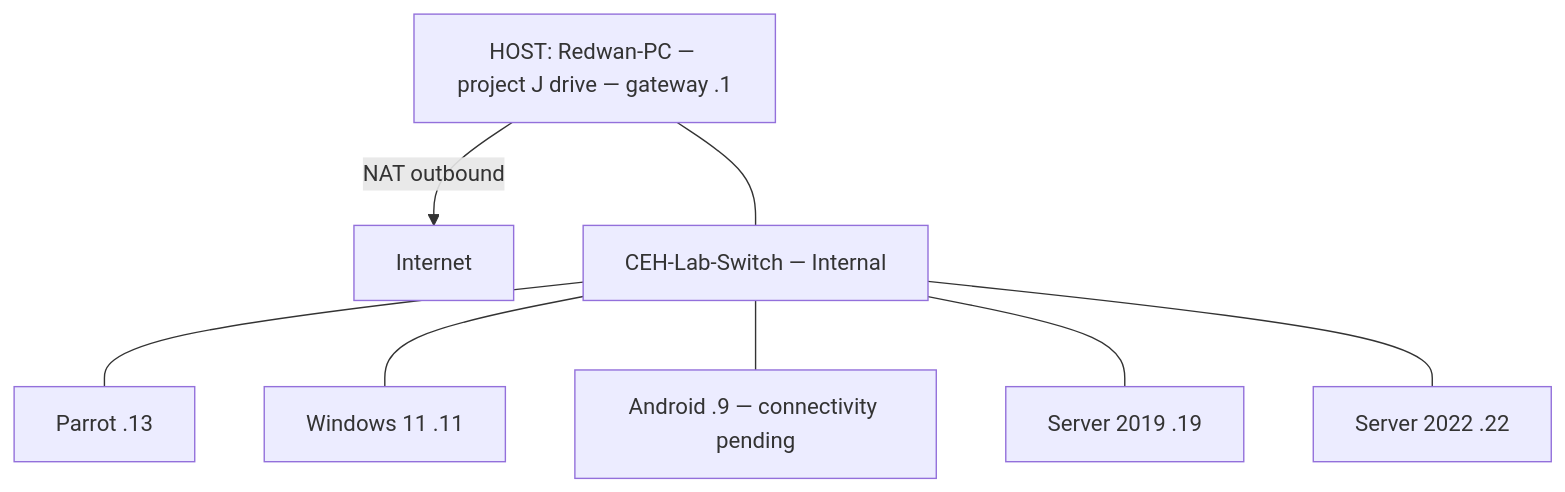
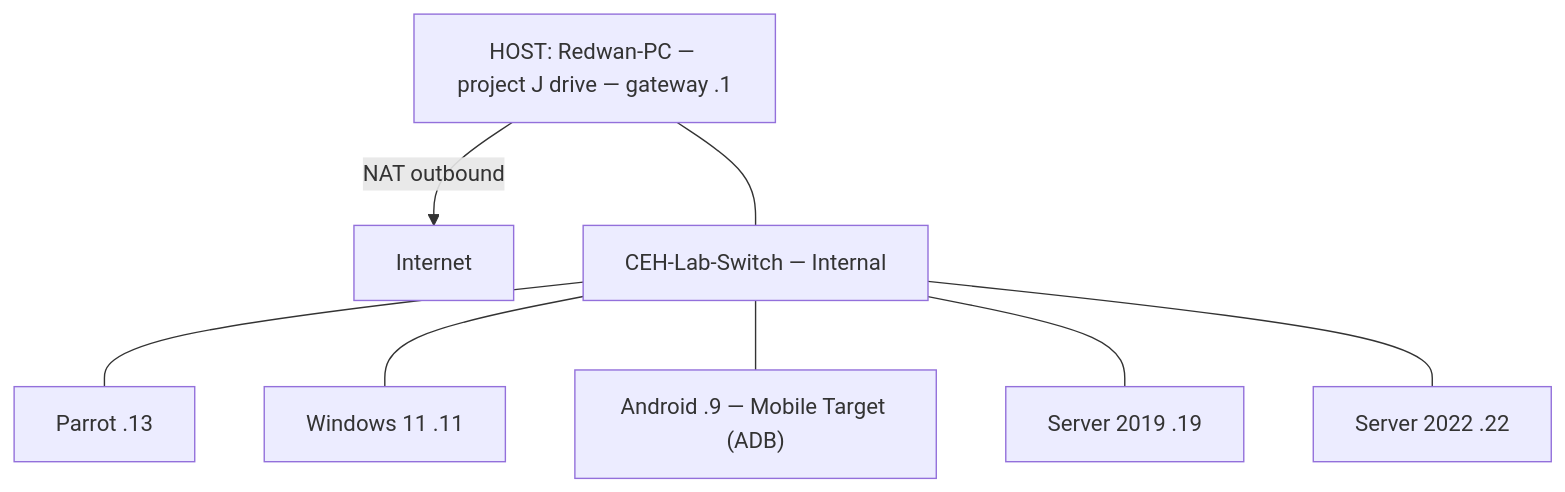
The diagram in ceh-local-lab/BEGINNER-GUIDE.md (redwan-cse/ceh-lab-setup), drawn with Mermaid before and after one commit. The commit also changed other lines of this file and 8 other files, not shown here.

````diff
--- a/ceh-local-lab/BEGINNER-GUIDE.md
+++ b/ceh-local-lab/BEGINNER-GUIDE.md
@@ -51,10 +51,10 @@
 ```mermaid
 flowchart TB
     H["HOST: Redwan-PC — project J drive — gateway .1"] -->|NAT outbound| I["Internet"]
     H --- S["CEH-Lab-Switch — Internal"]
     S --- P["Parrot .13"]
     S --- W["Windows 11 .11"]
-    S --- A["Android .9 — connectivity pending"]
+    S --- A["Android .9 — Mobile Target (ADB)"]
     S --- N["Server 2019 .19"]
     S --- T["Server 2022 .22"]
 ```
````
